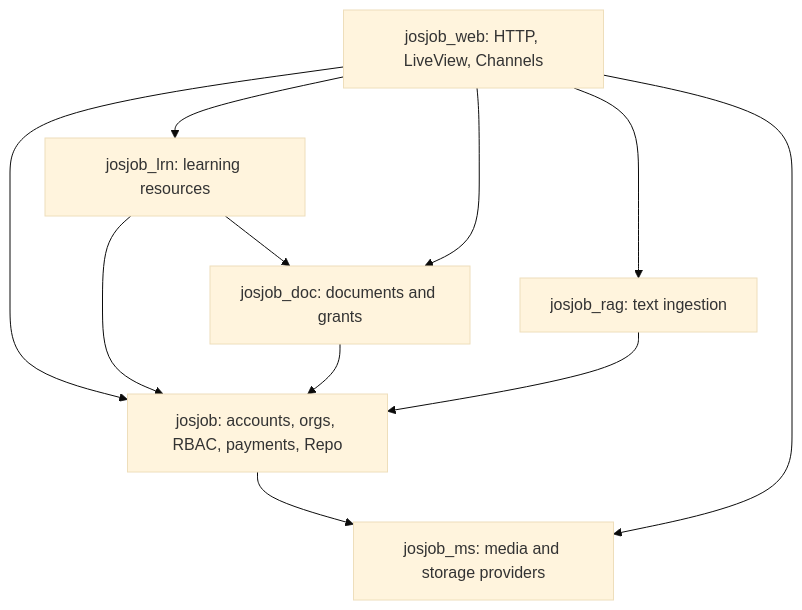
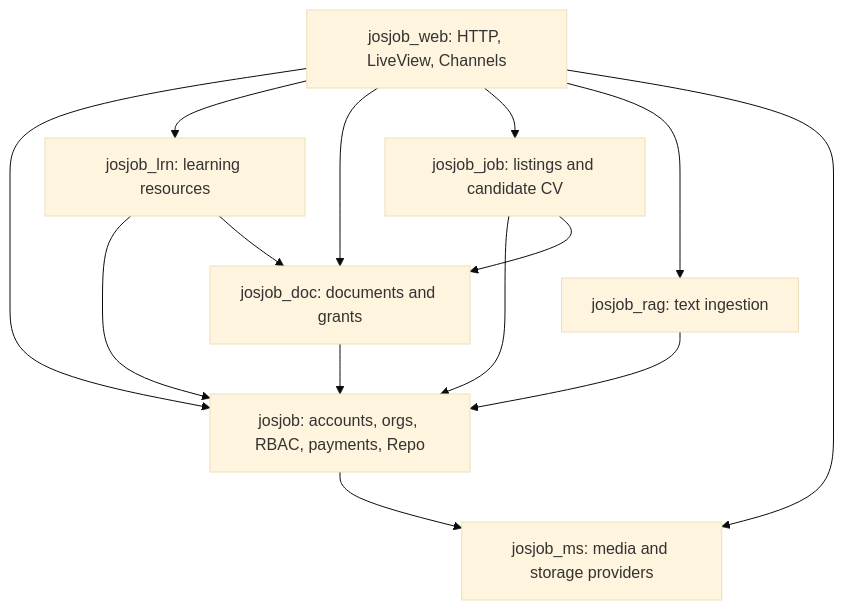
The first of 3 diagrams in docs/PROJECT_MAP.md (ZygmaCore/JosJob), drawn with Mermaid (base theme) before and after one commit. The commit also changed other lines of this file and 56 other files, not shown here.

````diff
--- a/docs/PROJECT_MAP.md
+++ b/docs/PROJECT_MAP.md
@@ -62,19 +78,23 @@
 ```mermaid
 flowchart TD
   web[josjob_web: HTTP, LiveView, Channels]
   core[josjob: accounts, orgs, RBAC, payments, Repo]
   learning[josjob_lrn: learning resources]
   documents[josjob_doc: documents and grants]
+  jobs[josjob_job: listings and candidate CV]
   rag[josjob_rag: text ingestion]
   media[josjob_ms: media and storage providers]
   web --> core
   web --> learning
   web --> documents
+  web --> jobs
   web --> rag
   web --> media
   learning --> core
   learning --> documents
+  jobs --> core
+  jobs --> documents
   documents --> core
   rag --> core
   core --> media
 ```
````
